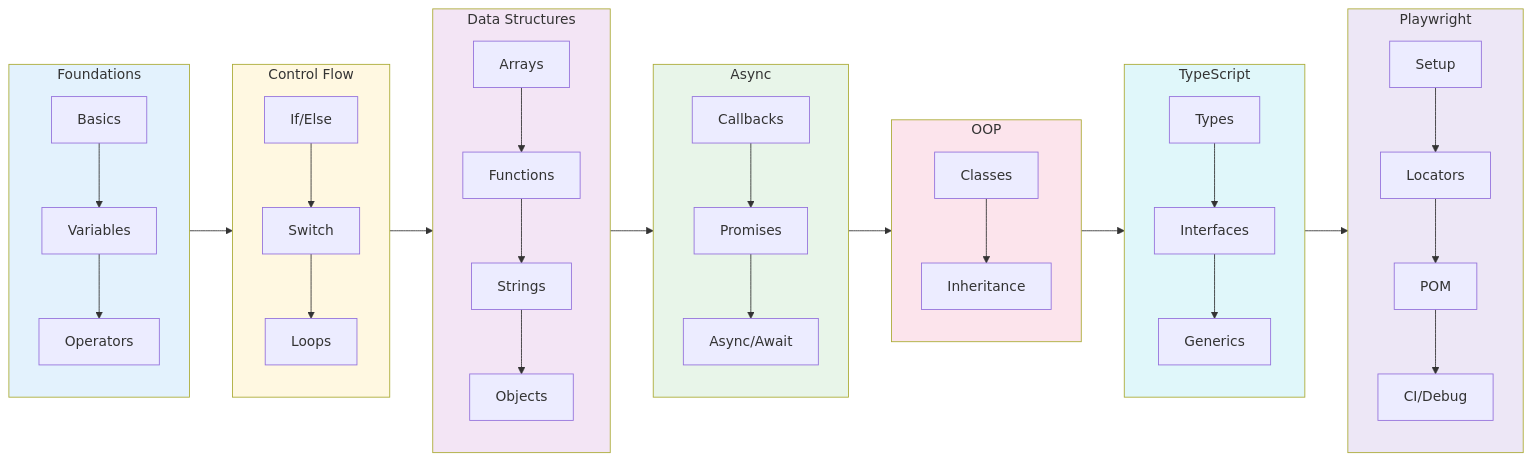
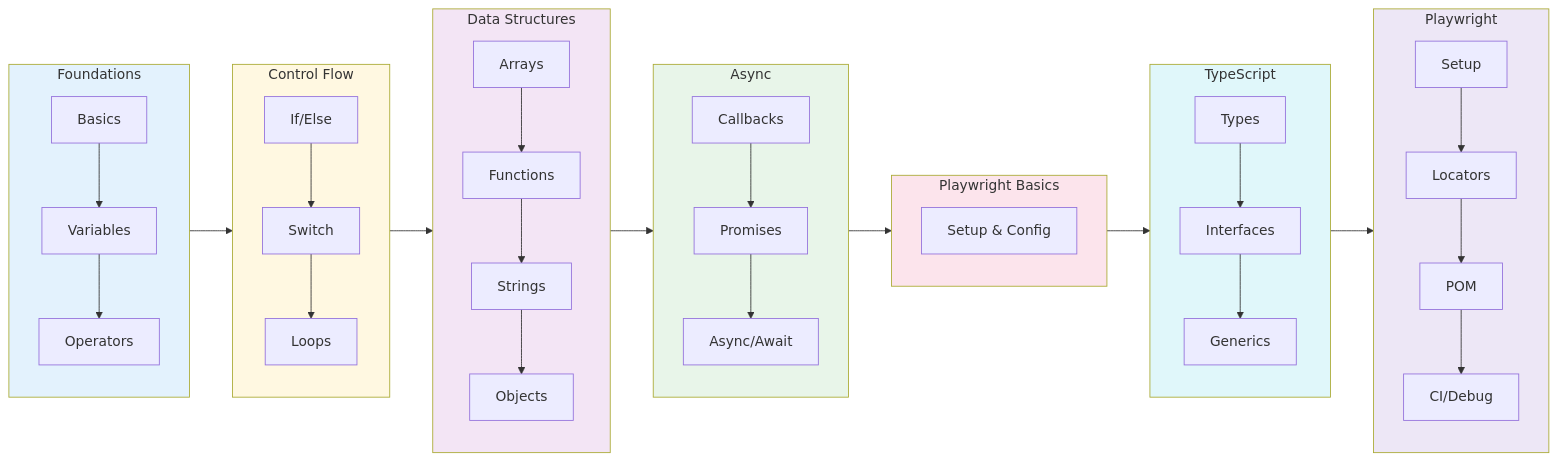
Before and after one commit to azherkhan0215-qa/LearnPlayWrightBatch2X: the third of 33 diagrams in README.md, drawn with Mermaid. The commit also changed other lines of this file and 18 other files, not shown here.

First line of the commit message:
Add Chapters 17–19: Promises, Async/Await, Playwright Basics

````diff
--- a/README.md
+++ b/README.md
@@ -387,34 +410,34 @@
 ```mermaid
 flowchart LR
     subgraph A["Foundations"]
         A1[Basics] --> A2[Variables] --> A3[Operators]
     end
     subgraph B["Control Flow"]
         B1[If/Else] --> B2[Switch] --> B3[Loops]
     end
     subgraph C["Data Structures"]
         C1[Arrays] --> C2[Functions] --> C3[Strings] --> C4[Objects]
     end
     subgraph D["Async"]
         D1[Callbacks] --> D2[Promises] --> D3[Async/Await]
     end
-    subgraph E["OOP"]
-        E1[Classes] --> E2[Inheritance]
+    subgraph E["Playwright Basics"]
+        E1[Setup & Config]
     end
     subgraph F["TypeScript"]
         F1[Types] --> F2[Interfaces] --> F3[Generics]
     end
     subgraph G["Playwright"]
         G1[Setup] --> G2[Locators] --> G3[POM] --> G4[CI/Debug]
     end
 
     A --> B --> C --> D --> E --> F --> G
 
     style A fill:#e3f2fd
     style B fill:#fff8e1
     style C fill:#f3e5f5
     style D fill:#e8f5e9
     style E fill:#fce4ec
     style F fill:#e0f7fa
     style G fill:#ede7f6
 ```
````
